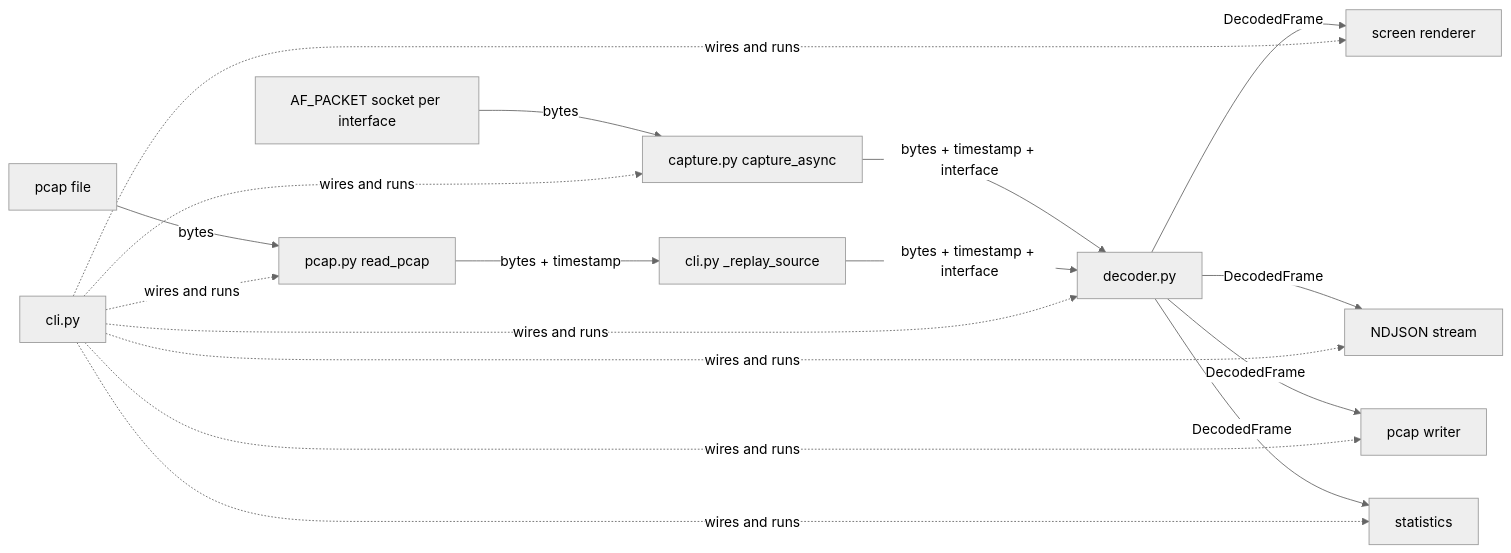
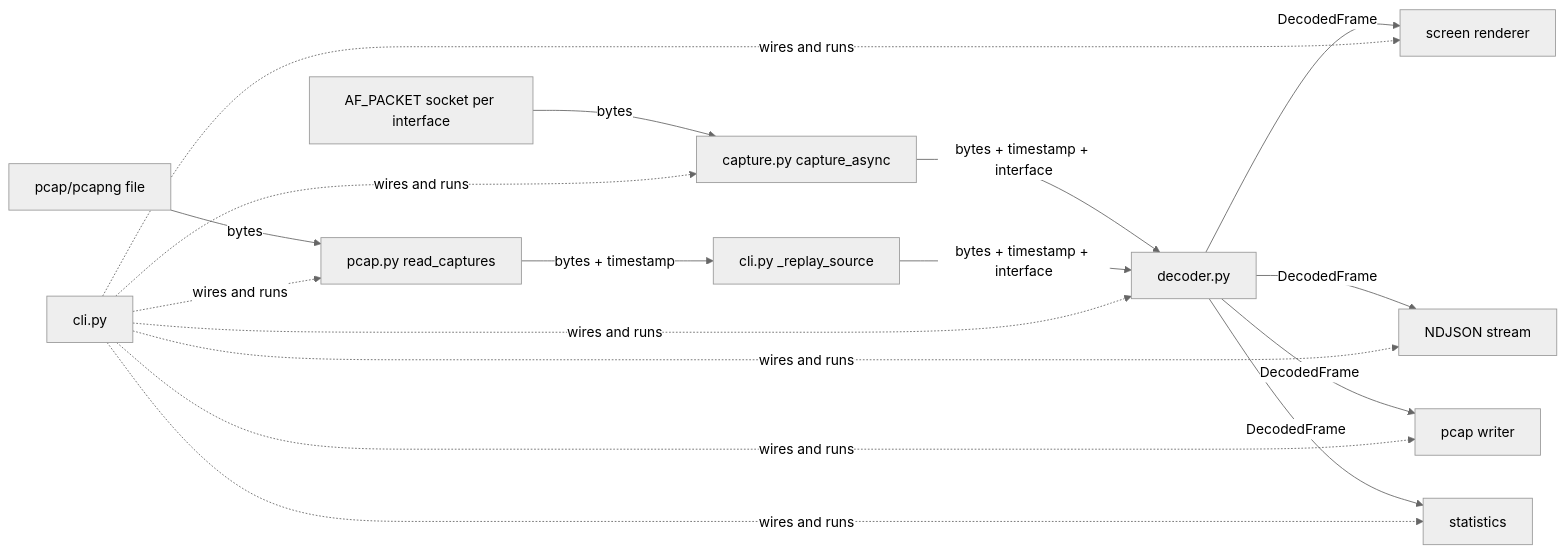
Before and after one commit to EONRaider/RootWire: the diagram in ARCHITECTURE.md, drawn with Mermaid (neutral theme). The commit also changed other lines of this file and 6 other files, not shown here.

First line of the commit message:
Read pcapng captures via netprotocols.read_captures

````diff
--- a/ARCHITECTURE.md
+++ b/ARCHITECTURE.md
@@ -14,13 +14,13 @@
 ```mermaid
 flowchart LR
   S[AF_PACKET socket per interface] -->|bytes| C[capture.py capture_async]
-  F[pcap file] -->|bytes| P[pcap.py read_pcap]
+  F[pcap/pcapng file] -->|bytes| P[pcap.py read_captures]
   C -->|"bytes + timestamp + interface"| D[decoder.py]
   P -->|"bytes + timestamp"| A[cli.py _replay_source]
   A -->|"bytes + timestamp + interface"| D
   D -->|DecodedFrame| O1[screen renderer]
   D -->|DecodedFrame| O2[NDJSON stream]
   D -->|DecodedFrame| O3[pcap writer]
   D -->|DecodedFrame| O4[statistics]
   CLI[cli.py] -.wires and runs.-> C & P & D & O1 & O2 & O3 & O4
 ```
````
